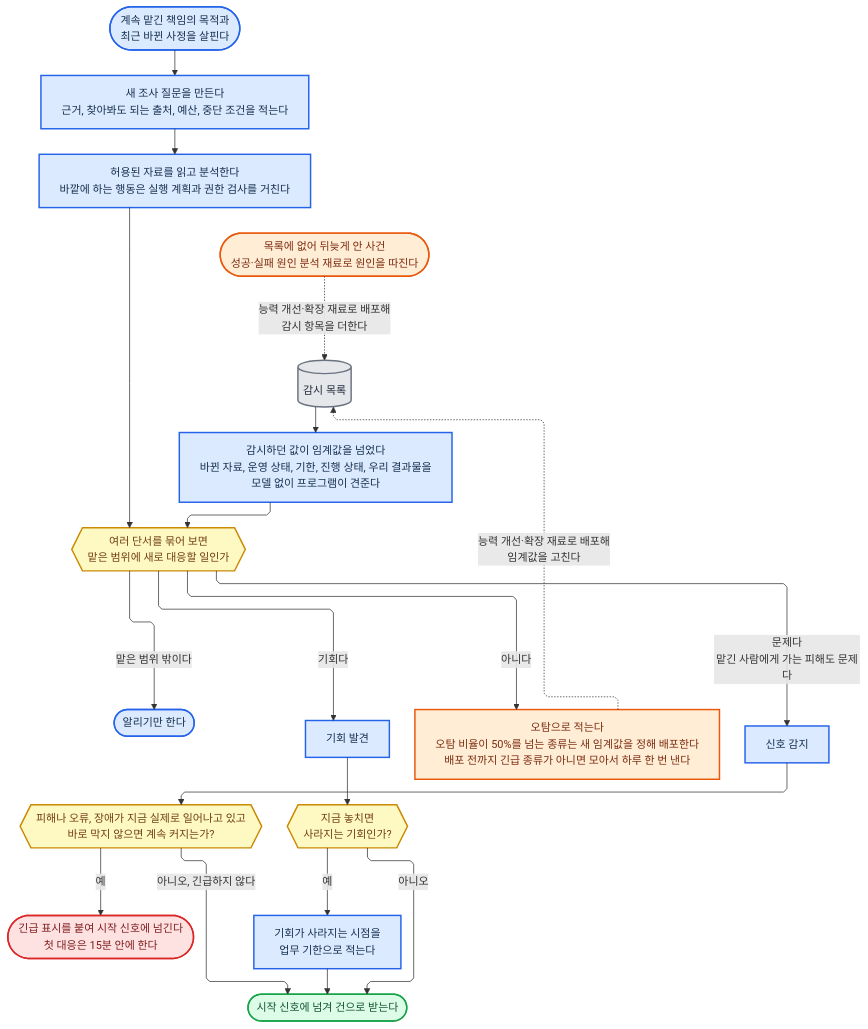
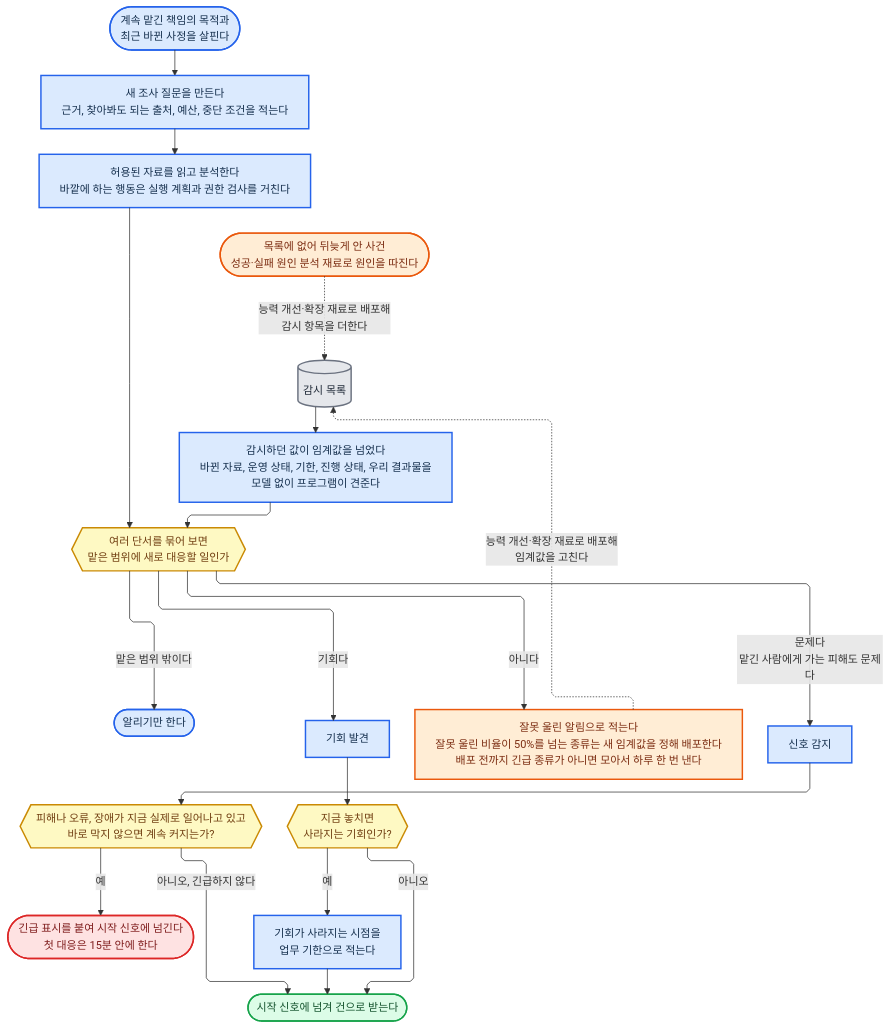
Before and after one commit to harisbaguette/expert: diagram 13 of 24 in 전문가 에이전트 정의 2.md, drawn with Mermaid. The commit also changed other lines of this file and 1 other file, not shown here.

````diff
--- a/전문가 에이전트 정의 2.md
+++ b/전문가 에이전트 정의 2.md
@@ -2528,48 +2475,48 @@
 ```mermaid
 %%{init: {"flowchart":{"wrappingWidth":640,"curve":"linear","nodeSpacing":45,"rankSpacing":55,"padding":14,"useMaxWidth":true,"defaultRenderer":"elk"},"themeVariables":{"fontSize":"15px"},"layout":"elk","elk":{"mergeEdges":false,"nodePlacementStrategy":"BRANDES_KOEPF","keepEntryNodeOnTop":true}} }%%
 flowchart TB
     TELL(["알리기만 한다"]):::main
     CHANCE["기회 발견"]:::main
     ASK["새 조사 질문을 만든다<br/>근거, 찾아봐도 되는 출처, 예산, 중단 조건을 적는다"]:::main
     CUE["감시하던 값이 임계값을 넘었다<br/>바뀐 자료, 운영 상태, 기한, 진행 상태, 우리 결과물을<br/>모델 없이 프로그램이 견준다"]:::main
-    FALSE["오탐으로 적는다<br/>오탐 비율이 50%를 넘는 종류는 새 임계값을 정해 배포한다<br/>배포 전까지 긴급 종류가 아니면 모아서 하루 한 번 낸다"]:::back
+    FALSE["잘못 울린 알림으로 적는다<br/>잘못 울린 비율이 50%를 넘는 종류는 새 임계값을 정해 배포한다<br/>배포 전까지 긴급 종류가 아니면 모아서 하루 한 번 낸다"]:::back
     CASE(["시작 신호에 넘겨 건으로 받는다"]):::good
     MISS(["목록에 없어 뒤늦게 안 사건<br/>성공·실패 원인 분석 재료로 원인을 따진다"]):::back
     HARM{{"피해나 오류, 장애가 지금 실제로 일어나고 있고<br/>바로 막지 않으면 계속 커지는가?"}}:::note
     PURPOSE(["계속 맡긴 책임의 목적과<br/>최근 바뀐 사정을 살핀다"]):::main
     W[("감시 목록")]:::store
     READ["허용된 자료를 읽고 분석한다<br/>바깥에 하는 행동은 실행 계획과 권한 검사를 거친다"]:::main
     OPPORTUNITY{{"지금 놓치면<br/>사라지는 기회인가?"}}:::note
     SIGNAL["신호 감지"]:::main
     Q{{"여러 단서를 묶어 보면<br/>맡은 범위에 새로 대응할 일인가"}}:::note
     URGENT(["긴급 표시를 붙여 시작 신호에 넘긴다<br/>첫 대응은 15분 안에 한다"]):::stop
     DEADLINE["기회가 사라지는 시점을<br/>업무 기한으로 적는다"]:::main
     FALSE -. "능력 개선·확장 재료로 배포해<br/>임계값을 고친다" .-> W
     SIGNAL --> HARM
     OPPORTUNITY -- "아니오" --> CASE
     ASK --> READ
     Q -- "기회다" --> CHANCE
     READ --> Q
     Q -- "문제다<br/>맡긴 사람에게 가는 피해도 문제다" --> SIGNAL
     PURPOSE --> ASK
     HARM -- "아니오, 긴급하지 않다" --> CASE
     MISS -. "능력 개선·확장 재료로 배포해<br/>감시 항목을 더한다" .-> W
     CHANCE --> OPPORTUNITY
     CUE --> Q
     OPPORTUNITY -- "예" --> DEADLINE
     DEADLINE --> CASE
     HARM -- "예" --> URGENT
     W --> CUE
     Q -- "아니다" --> FALSE
     Q -- "맡은 범위 밖이다" --> TELL
     %% 배치용 보이지 않는 연결: 선은 그려지지 않고 상자 위치만 잡음
     READ ~~~ MISS
     CUE ~~~ CHANCE
     Q ~~~ HARM
     classDef main fill:#dbeafe,stroke:#2563eb,stroke-width:2px,color:#17314f
     classDef back fill:#ffedd5,stroke:#ea580c,stroke-width:2px,color:#7c2d12
     classDef store fill:#e5e7eb,stroke:#6b7280,stroke-width:2px,color:#1f2937
     classDef good fill:#dcfce7,stroke:#16a34a,stroke-width:2px,color:#14532d
     classDef note fill:#fef9c3,stroke:#ca8a04,stroke-width:2px,color:#713f12
     classDef stop fill:#fee2e2,stroke:#dc2626,stroke-width:2px,color:#7f1d1d
 ```
````
